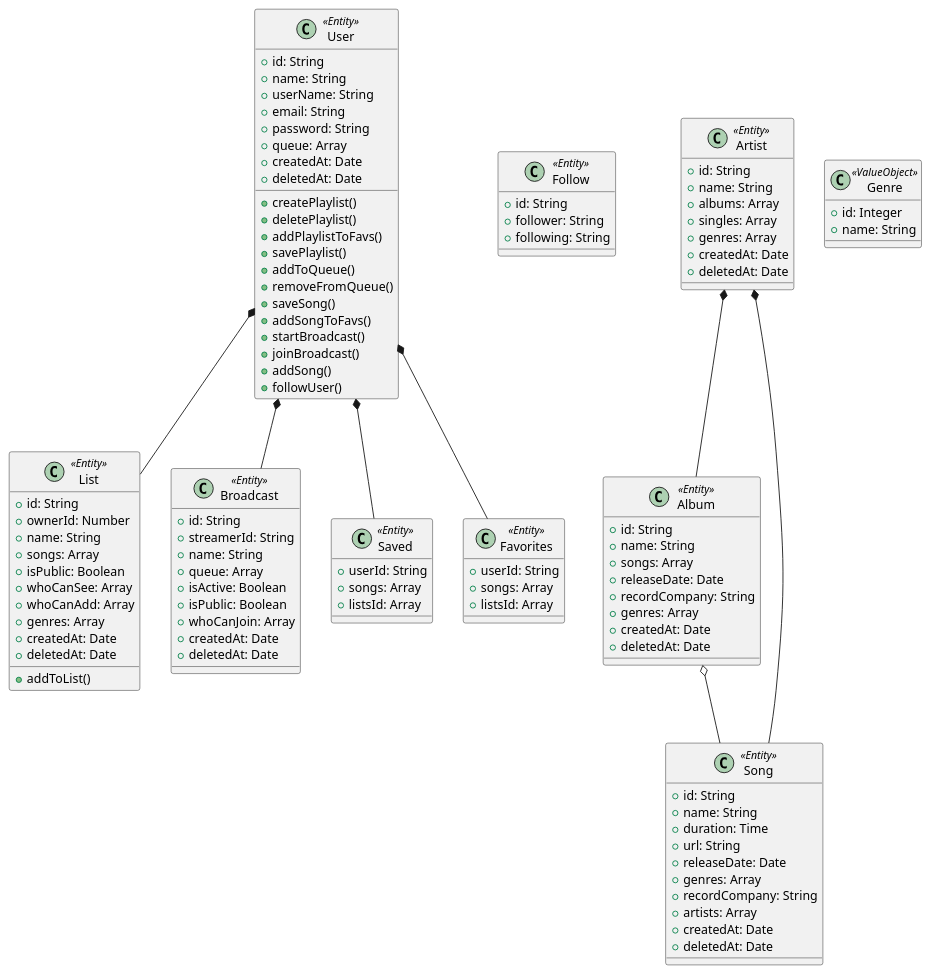
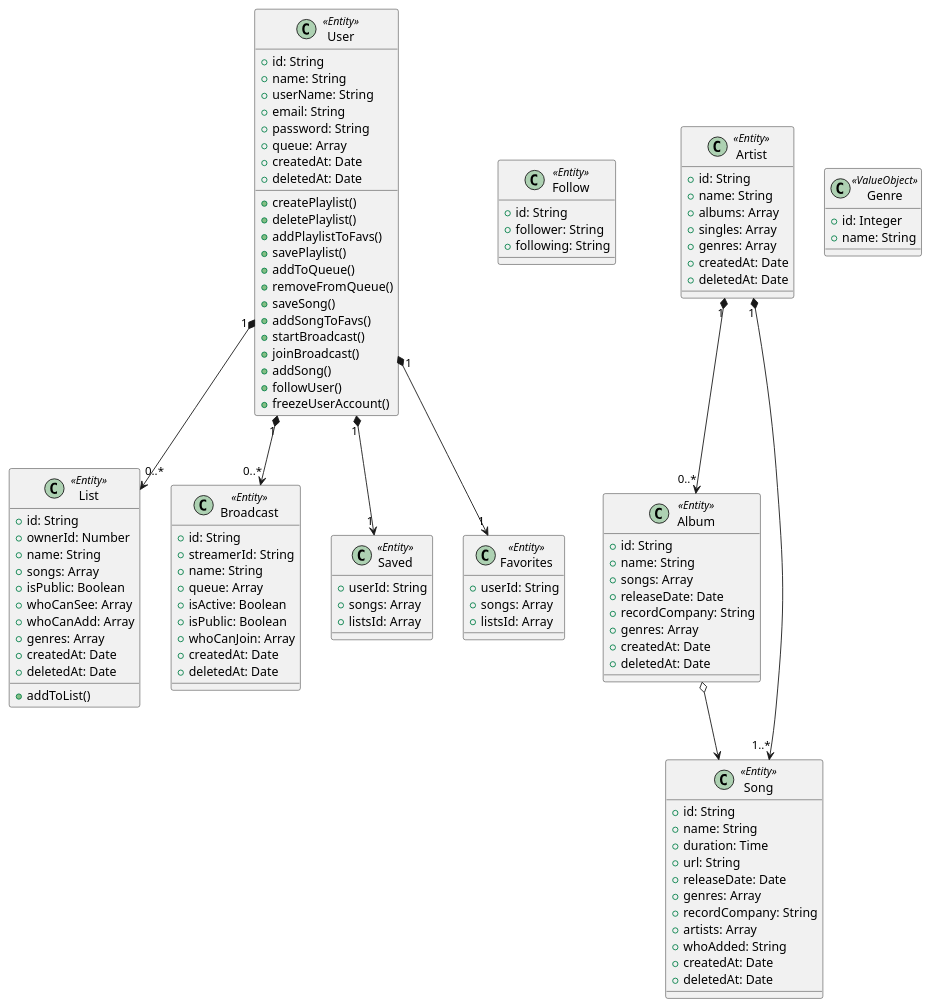
One commit to krcalcn/recreating-grooveshark changed the diagram in grooveshark.puml. Above: the diagram before and after it, drawn with PlantUML. The commit also changed 8 other files, not shown here.

```diff
--- a/grooveshark.puml
+++ b/grooveshark.puml
@@ -1,120 +1,122 @@
 @startuml grooveshark
 
 
 class User <<Entity>>{
   + id: String
   + name: String
   + userName: String
   + email: String
   + password: String
   + queue: Array
   + createdAt: Date
   + deletedAt: Date
 
   + createPlaylist()
   + deletePlaylist()
   + addPlaylistToFavs()
   + savePlaylist()
   + addToQueue()
   + removeFromQueue()
   + saveSong()
   + addSongToFavs()
   + startBroadcast()
   + joinBroadcast()
   + addSong()
   + followUser()
+  + freezeUserAccount()
 }
 
 class Follow <<Entity>> {
   + id: String
   + follower: String
   + following: String
 }
 
 class List <<Entity>>{
   + id: String
   + ownerId: Number
   + name: String
   + songs: Array
   + isPublic: Boolean
   + whoCanSee: Array
   + whoCanAdd: Array
   + genres: Array
   + createdAt: Date
   + deletedAt: Date
   + addToList()
 }
 
 class Artist <<Entity>>{
   + id: String
   + name: String
   + albums: Array
   + singles: Array
   + genres: Array
   + createdAt: Date
   + deletedAt: Date
 }
 
 class Album <<Entity>>{
   + id: String
   + name: String
   + songs: Array
   + releaseDate: Date
   + recordCompany: String
   + genres: Array
   + createdAt: Date
   + deletedAt: Date
 }
 
 class Song <<Entity>>{
   + id: String
   + name: String
   + duration: Time
   + url: String
   + releaseDate: Date
   + genres: Array
   + recordCompany: String
   + artists: Array
+  + whoAdded: String
   + createdAt: Date
   + deletedAt: Date
 }
 
 class Broadcast <<Entity>>{
   + id: String
   + streamerId: String
   + name: String
   + queue: Array
   + isActive: Boolean
   + isPublic: Boolean
   + whoCanJoin: Array
   + createdAt: Date
   + deletedAt: Date
 }
 
 class Genre <<ValueObject>>{
   + id: Integer
   + name: String
 }
 
 class Saved <<Entity>>{
   + userId: String
   + songs: Array
   + listsId: Array
 }
 
 class Favorites <<Entity>>{
   + userId: String
   + songs: Array
   + listsId: Array
 }
 
-Artist *-- Album
-Artist *-- Song
-User *-- List
-User *-- Saved
-User *-- Favorites
-User *-- Broadcast
+Artist "1" *--> "0..*" Album
+Artist "1" *--> "1..*" Song
+User "1" *--> "0..*" List
+User "1" *--> "1" Saved
+User "1" *--> "1" Favorites
+User "1" *--> "0..*" Broadcast
 
-Album o-- Song
+Album o--> Song
 
 @enduml
```
